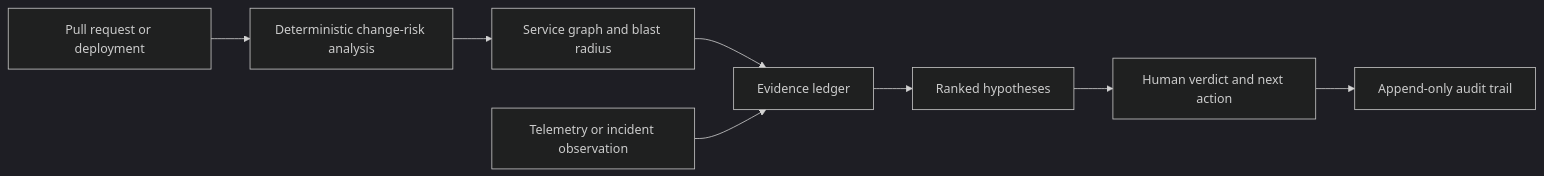
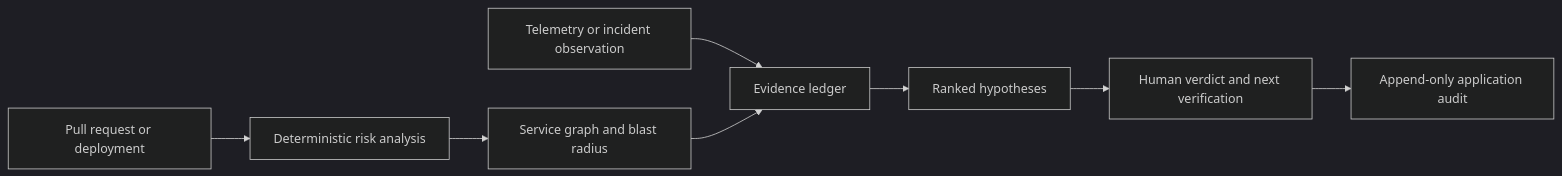
One commit to kingggg5/deployguardai changed the first of 2 diagrams in README.md. Above: the diagram before and after it, drawn with Mermaid (dark theme). The commit also changed other lines of this file and 14 other files, not shown here.

````diff
--- a/README.md
+++ b/README.md
@@ -36,10 +41,10 @@
 ```mermaid
 flowchart LR
-    Change["Pull request or deployment"] --> Risk["Deterministic change-risk analysis"]
-    Risk --> Scope["Service graph and blast radius"]
-    Scope --> Evidence["Evidence ledger"]
-    Signal["Telemetry or incident observation"] --> Evidence
+    Change["Pull request or deployment"] --> Risk["Deterministic risk analysis"]
+    Risk --> Graph["Service graph and blast radius"]
+    Signal["Telemetry or incident observation"] --> Evidence["Evidence ledger"]
+    Graph --> Evidence
     Evidence --> Hypotheses["Ranked hypotheses"]
-    Hypotheses --> Human["Human verdict and next action"]
-    Human --> Audit["Append-only audit trail"]
+    Hypotheses --> Human["Human verdict and next verification"]
+    Human --> Audit["Append-only application audit"]
 ```
````
